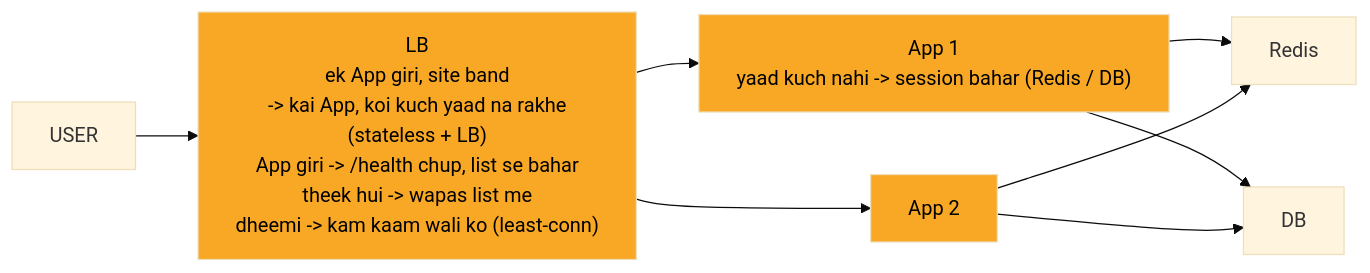
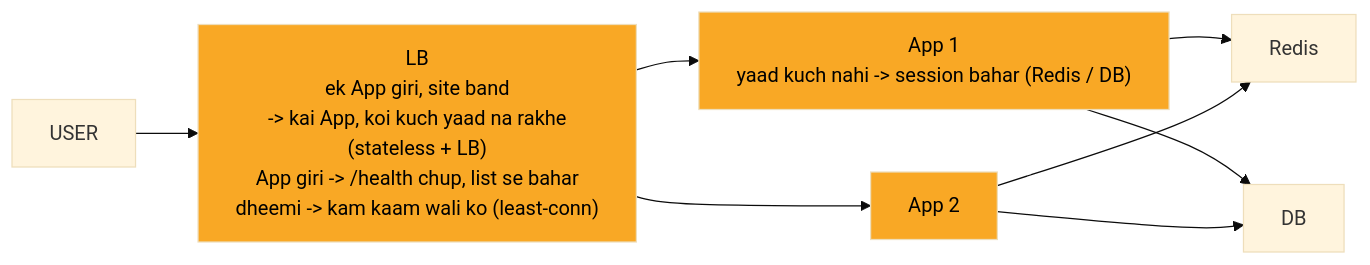
Before and after one commit to ArpanMaheshwari144/Prep: the third of 10 diagrams in 04_HLD/SYSTEM_DESIGNS/01_url_shortener/01_url_shortener.md, drawn with Mermaid (base theme). The commit also changed other lines of this file and 13 other files, not shown here.

````diff
--- a/04_HLD/SYSTEM_DESIGNS/01_url_shortener/01_url_shortener.md
+++ b/04_HLD/SYSTEM_DESIGNS/01_url_shortener/01_url_shortener.md
@@ -148,20 +148,20 @@
 ```mermaid
 %%{init: {"flowchart": {"wrappingWidth": 450}}}%%
 flowchart LR
     n_USER["USER"]
-    n_LB["LB<br/>ek App giri, site band<br/>-> kai App, koi kuch yaad na rakhe<br/>(stateless + LB)<br/>App giri -> /health chup, list se bahar<br/>theek hui -> wapas list me<br/>dheemi -> kam kaam wali ko (least-conn)"]
+    n_LB["LB<br/>ek App giri, site band<br/>-> kai App, koi kuch yaad na rakhe<br/>(stateless + LB)<br/>App giri -> /health chup, list se bahar<br/>dheemi -> kam kaam wali ko (least-conn)"]
     n_App_x_N_1["App 1<br/>yaad kuch nahi -> session bahar (Redis / DB)"]
     n_App_x_N_2["App 2"]
     n_Redis["Redis"]
     n_DB["DB"]
     n_USER --> n_LB
     n_LB --> n_App_x_N_1
     n_LB --> n_App_x_N_2
     n_App_x_N_1 --> n_Redis
     n_App_x_N_2 --> n_Redis
     n_App_x_N_1 --> n_DB
     n_App_x_N_2 --> n_DB
     style n_LB fill:#f9a825,color:#000
     style n_App_x_N_1 fill:#f9a825,color:#000
     style n_App_x_N_2 fill:#f9a825,color:#000
 ```
````
